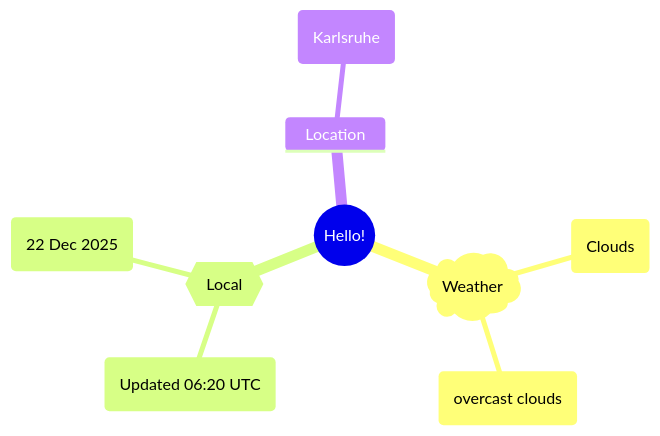
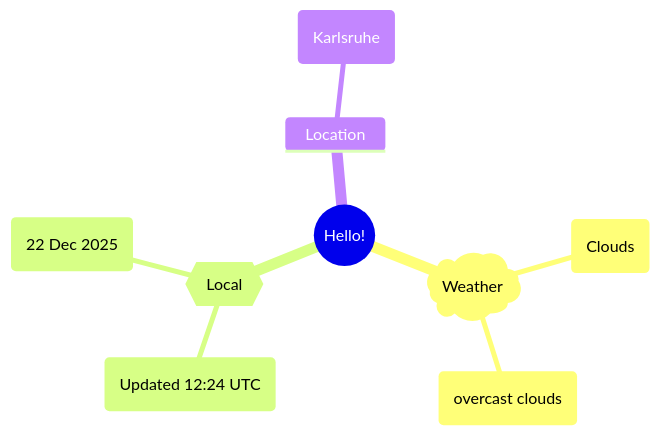
One commit to Xosrov/Xosrov changed the first of 2 diagrams in README.md. Above: the diagram before and after it, drawn with Mermaid.

Commit message:
[bot] updated images

````diff
--- a/README.md
+++ b/README.md
@@ -3,12 +3,12 @@
 ```mermaid
 mindmap
   root((Hello!))
     )Weather(
         (Clouds)
         (overcast clouds)
     {{Local}}
-        (Updated 06:20 UTC)
+        (Updated 12:24 UTC)
         (22 Dec 2025)
     Location
         (Karlsruhe)
 ```
````
